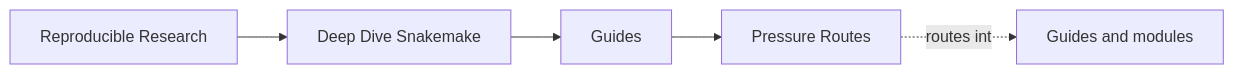
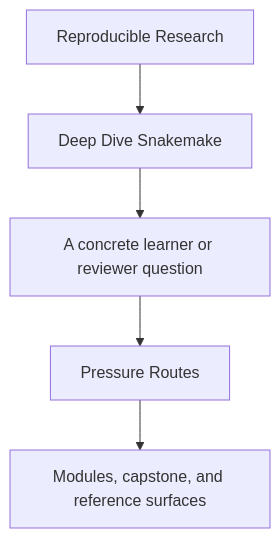
One commit to bijux/bijux-masterclass changed the first of 2 diagrams in programs/reproducible-research/deep-dive-snakemake/course-book/guides/pressure-routes.md. Above: the diagram before and after it, drawn with Mermaid. The commit also changed other lines of this file and 29 other files, not shown here.

Commit message:
docs(deep-dive-snakemake): sharpen guide and reference diagrams

````diff
--- a/programs/reproducible-research/deep-dive-snakemake/course-book/guides/pressure-routes.md
+++ b/programs/reproducible-research/deep-dive-snakemake/course-book/guides/pressure-routes.md
@@ -9,11 +9,7 @@
 ```mermaid
-graph LR
-  family["Reproducible Research"]
-  program["Deep Dive Snakemake"]
-  section["Guides"]
-  page["Pressure Routes"]
-  support["Guides and modules"]
-
-  family --> program --> section --> page
-  page -.routes into.-> support
+flowchart TD
+  family["Reproducible Research"] --> program["Deep Dive Snakemake"]
+  program --> pressure["A concrete learner or reviewer question"]
+  pressure --> guide["Pressure Routes"]
+  guide --> next["Modules, capstone, and reference surfaces"]
 ```
````
